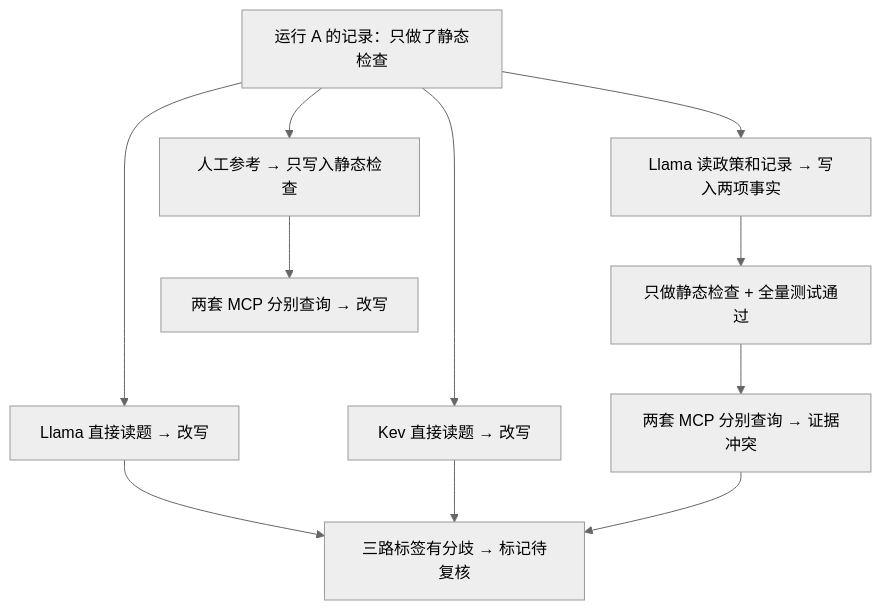
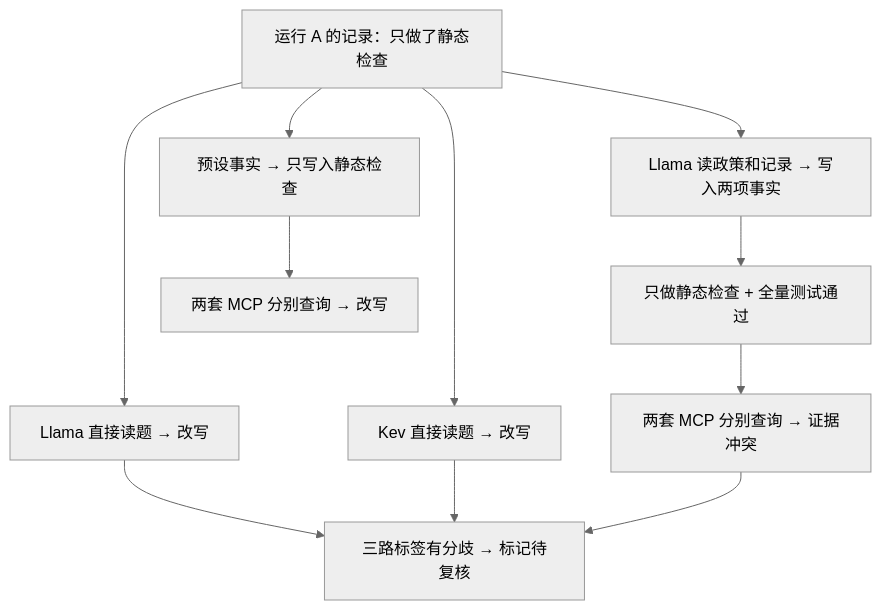
The diagram in Research/Engineering/PrologMCP/comparison/README.md (naturaldao/NaturalDAO-2nd), drawn with Mermaid (neutral theme) before and after one commit. The commit also changed other lines of this file, not shown here.

````diff
--- a/Research/Engineering/PrologMCP/comparison/README.md
+++ b/Research/Engineering/PrologMCP/comparison/README.md
@@ -25,13 +57,13 @@
 ```mermaid
 flowchart TD
     A["运行 A 的记录：只做了静态检查"] --> L["Llama 直接读题 → 改写"]
     A --> K["Kev 直接读题 → 改写"]
     A --> F["Llama 读政策和记录 → 写入两项事实"]
     F --> H["只做静态检查 + 全量测试通过"]
     H --> X["两套 MCP 分别查询 → 证据冲突"]
-    A --> R["人工参考 → 只写入静态检查"]
+    A --> R["预设事实 → 只写入静态检查"]
     R --> Y["两套 MCP 分别查询 → 改写"]
     L --> V["三路标签有分歧 → 标记待复核"]
     K --> V
     X --> V
 ```
````
